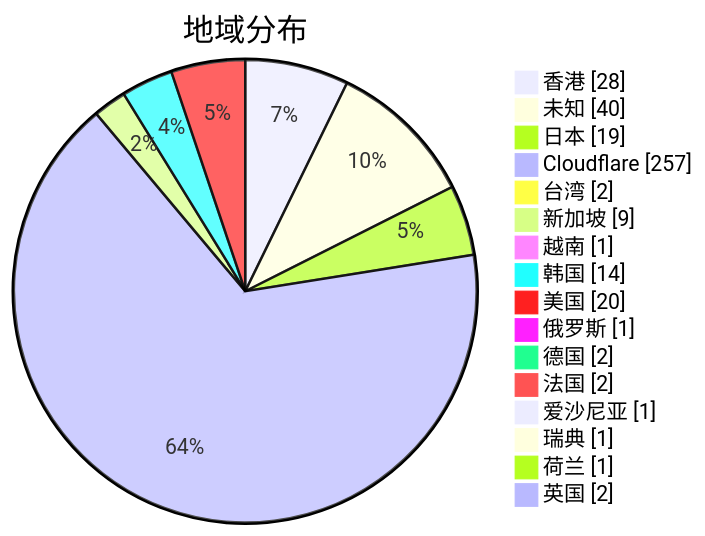
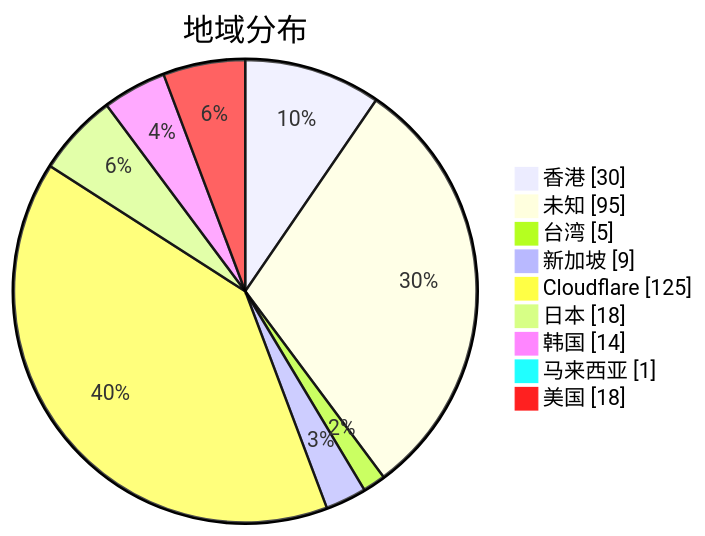
The second of 3 diagrams in subs/statistics/tested_within.md (qjlxg/airport), drawn with Mermaid before and after one commit. The commit also changed other lines of this file and 2 other files, not shown here.

Commit message:
Tested by metaST

````diff
--- a/subs/statistics/tested_within.md
+++ b/subs/statistics/tested_within.md
@@ -13,20 +12,13 @@
 ```mermaid
 pie showData
 title 地域分布
-"香港" : 28
-"未知" : 40
-"日本" : 19
-"Cloudflare" : 257
-"台湾" : 2
+"香港" : 30
+"未知" : 95
+"台湾" : 5
 "新加坡" : 9
-"越南" : 1
+"Cloudflare" : 125
+"日本" : 18
 "韩国" : 14
-"美国" : 20
-"俄罗斯" : 1
-"德国" : 2
-"法国" : 2
-"爱沙尼亚" : 1
-"瑞典" : 1
-"荷兰" : 1
-"英国" : 2
+"马来西亚" : 1
+"美国" : 18
 ```
````
